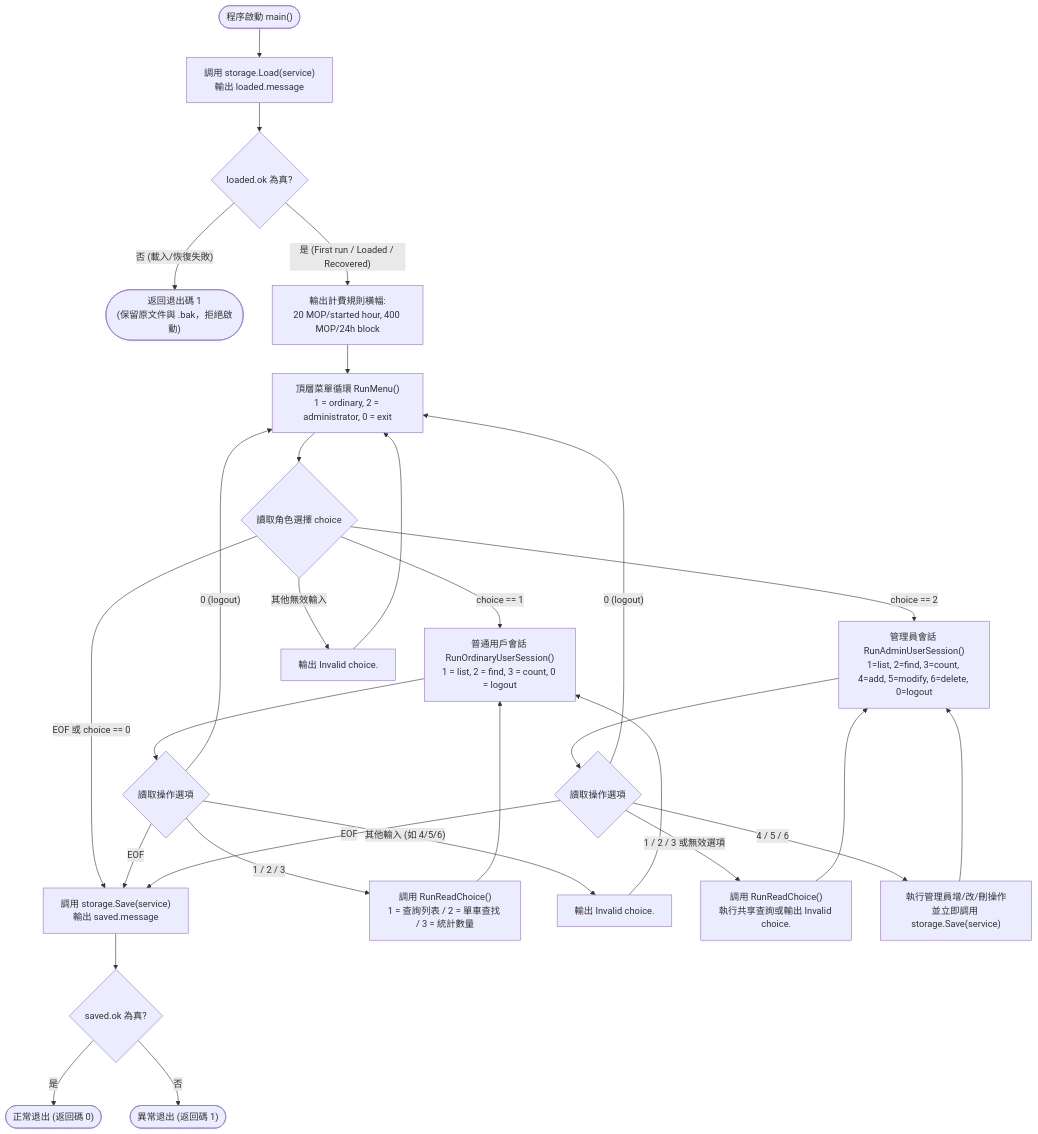
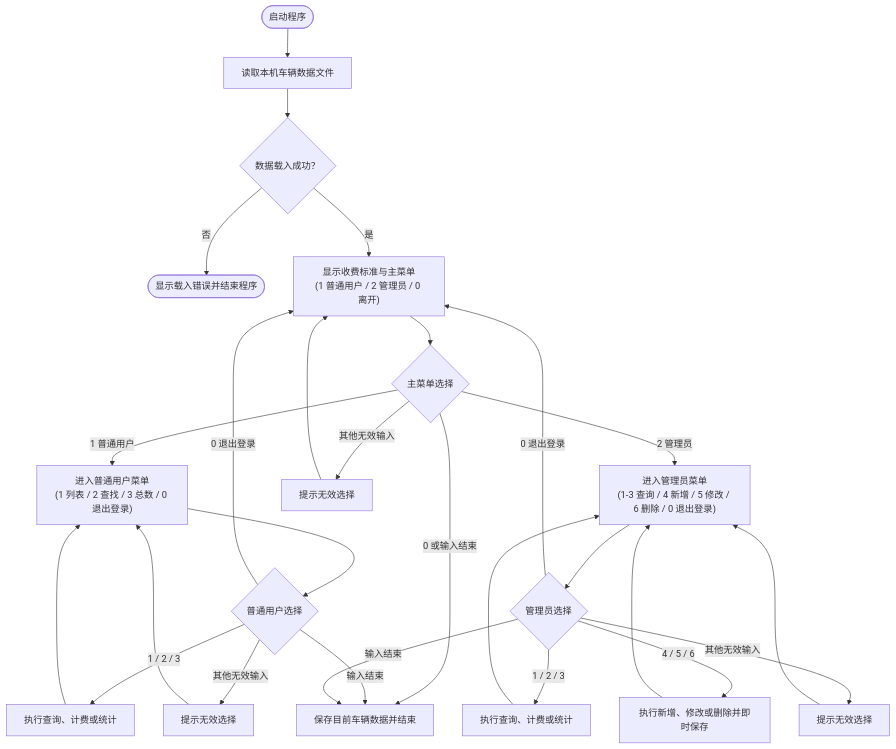
The first of 4 diagrams in docs/diagrams/juli12_flowcharts.mmd (lzc0901/parking-management-system), drawn with Mermaid before and after one commit. The commit also changed other lines of this file and 13 other files, not shown here.

````diff
--- a/docs/diagrams/juli12_flowcharts.mmd
+++ b/docs/diagrams/juli12_flowcharts.mmd
@@ -5,27 +5,23 @@
 ```mermaid
 flowchart TD
-    Start(["程序啟動 main()"]) --> Load["調用 storage.Load(service)<br/>輸出 loaded.message"]
-    Load --> LoadOk{"loaded.ok 為真?"}
-    LoadOk -- "否 (載入/恢復失敗)" --> ExitErr1(["返回退出碼 1<br/>(保留原文件與 .bak，拒絕啟動)"])
-    LoadOk -- "是 (First run / Loaded / Recovered)" --> Banner["輸出計費規則橫幅:<br/>20 MOP/started hour, 400 MOP/24h block"]
-    Banner --> RolePrompt["頂層菜單循環 RunMenu()<br/>1 = ordinary, 2 = administrator, 0 = exit"]
-    RolePrompt --> RoleInput{"讀取角色選擇 choice"}
-    RoleInput -- "EOF 或 choice == 0" --> FinalSave["調用 storage.Save(service)<br/>輸出 saved.message"]
-    FinalSave --> FinalCheck{"saved.ok 為真?"}
-    FinalCheck -- "是" --> Exit0(["正常退出 (返回碼 0)"])
-    FinalCheck -- "否" --> Exit1(["異常退出 (返回碼 1)"])
-    RoleInput -- "choice == 1" --> OrdLoop["普通用戶會話 RunOrdinaryUserSession()<br/>1 = list, 2 = find, 3 = count, 0 = logout"]
-    OrdLoop --> OrdChoice{"讀取操作選項"}
-    OrdChoice -- "EOF" --> FinalSave
-    OrdChoice -- "0 (logout)" --> RolePrompt
-    OrdChoice -- "1 / 2 / 3" --> ReadOp["調用 RunReadChoice()<br/>1 = 查詢列表 / 2 = 單車查找 / 3 = 統計數量"]
-    ReadOp --> OrdLoop
-    OrdChoice -- "其他輸入 (如 4/5/6)" --> OrdInvalid["輸出 Invalid choice."] --> OrdLoop
-    RoleInput -- "choice == 2" --> AdmLoop["管理員會話 RunAdminUserSession()<br/>1=list, 2=find, 3=count, 4=add, 5=modify, 6=delete, 0=logout"]
-    AdmLoop --> AdmChoice{"讀取操作選項"}
-    AdmChoice -- "EOF" --> FinalSave
-    AdmChoice -- "0 (logout)" --> RolePrompt
-    AdmChoice -- "1 / 2 / 3 或無效選項" --> AdmRead["調用 RunReadChoice()<br/>執行共享查詢或輸出 Invalid choice."] --> AdmLoop
-    AdmChoice -- "4 / 5 / 6" --> AdmMut["執行管理員增/改/刪操作<br/>並立即調用 storage.Save(service)"] --> AdmLoop
-    RoleInput -- "其他無效輸入" --> TopInvalid["輸出 Invalid choice."] --> RolePrompt
+    Start(["启动程序"]) --> Load["读取本机车辆数据文件"]
+    Load --> LoadOk{"数据载入成功？"}
+    LoadOk -- "否" --> ErrExit(["显示载入错误并结束程序"])
+    LoadOk -- "是" --> MainMenu["显示收费标准与主菜单<br/>(1 普通用户 / 2 管理员 / 0 离开)"]
+    MainMenu --> Role{"主菜单选择"}
+    Role -- "0 或输入结束" --> FinalSave["保存目前车辆数据并结束"]
+    Role -- "1 普通用户" --> OrdMenu["进入普通用户菜单<br/>(1 列表 / 2 查找 / 3 总数 / 0 退出登录)"]
+    OrdMenu --> OrdAct{"普通用户选择"}
+    OrdAct -- "1 / 2 / 3" --> OrdRead["执行查询、计费或统计"] --> OrdMenu
+    OrdAct -- "其他无效输入" --> OrdInvalid["提示无效选择"] --> OrdMenu
+    OrdAct -- "0 退出登录" --> MainMenu
+    OrdAct -- "输入结束" --> FinalSave
+    Role -- "2 管理员" --> AdmMenu["进入管理员菜单<br/>(1-3 查询 / 4 新增 / 5 修改 / 6 删除 / 0 退出登录)"]
+    AdmMenu --> AdmAct{"管理员选择"}
+    AdmAct -- "1 / 2 / 3" --> AdmRead["执行查询、计费或统计"] --> AdmMenu
+    AdmAct -- "4 / 5 / 6" --> AdmWrite["执行新增、修改或删除并即时保存"] --> AdmMenu
+    AdmAct -- "其他无效输入" --> AdmInvalid["提示无效选择"] --> AdmMenu
+    AdmAct -- "0 退出登录" --> MainMenu
+    AdmAct -- "输入结束" --> FinalSave
+    Role -- "其他无效输入" --> MainInvalid["提示无效选择"] --> MainMenu
 ```
````
